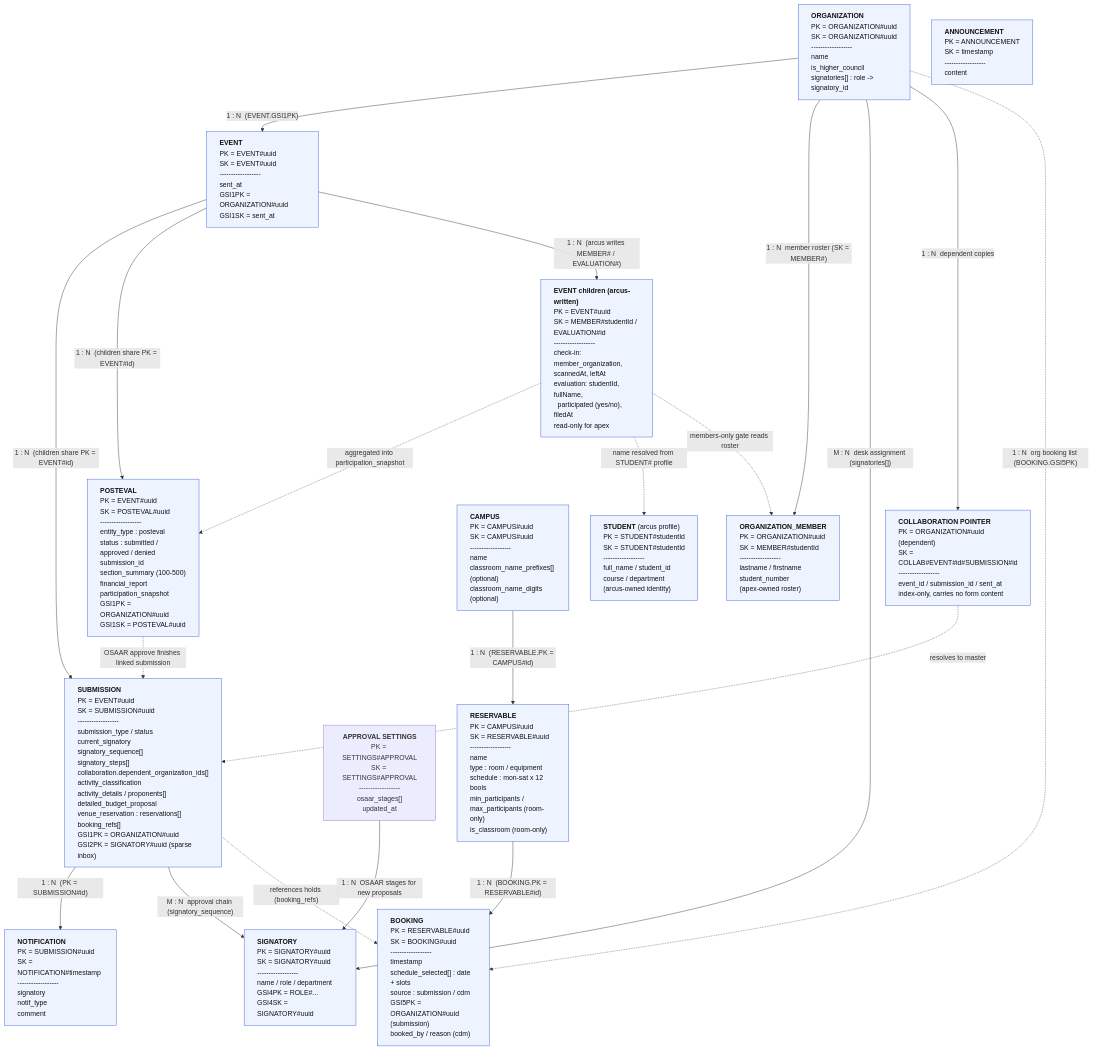
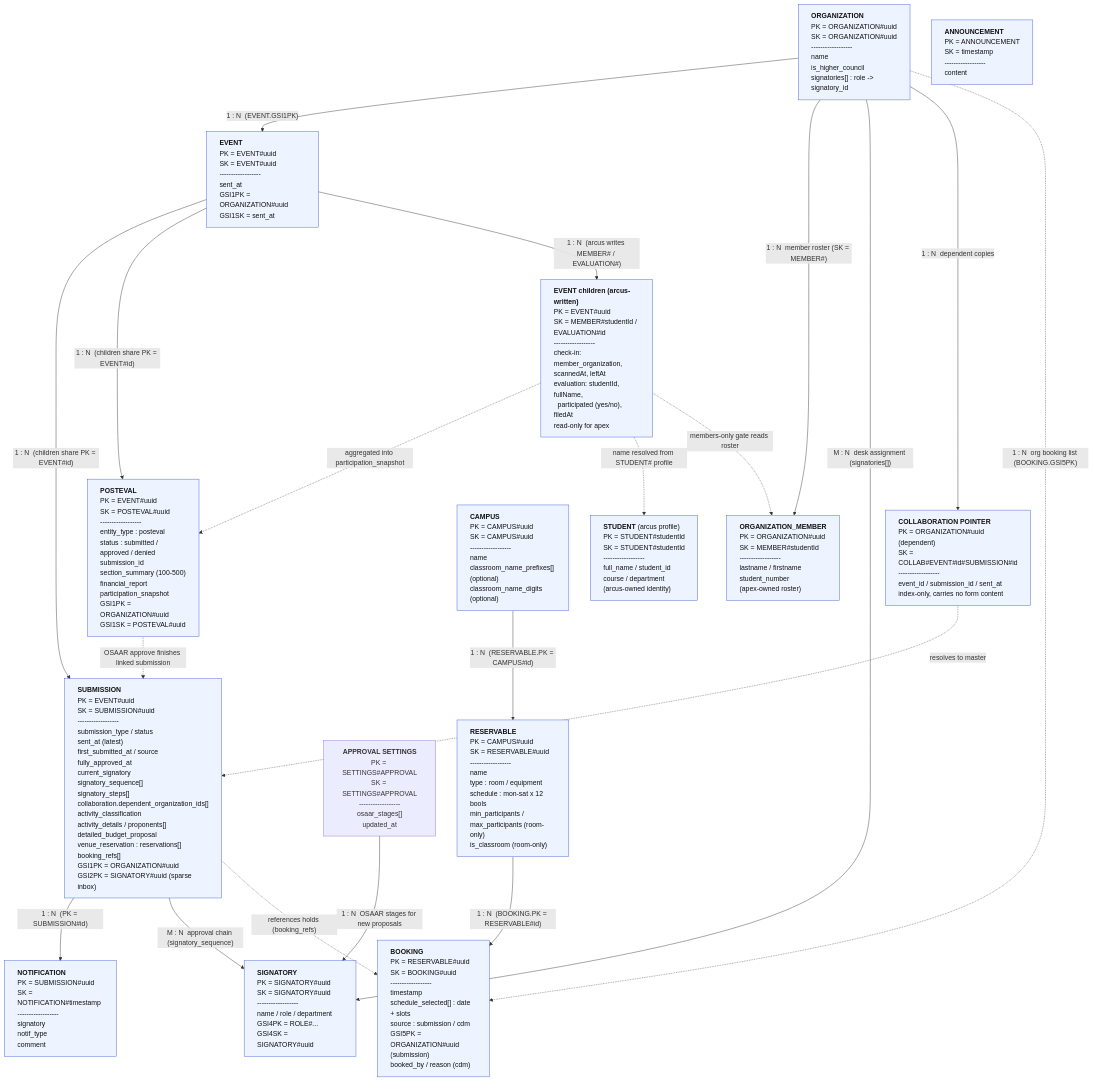
Before and after one commit to nomorepinto/mapua-apex: the diagram in docs/erd/erd.mmd, drawn with Mermaid. The commit also changed 85 other files, not shown here.

```diff
--- a/docs/erd/erd.mmd
+++ b/docs/erd/erd.mmd
@@ -1,59 +1,59 @@
 %% mapua-apex - Conceptual ERD (DynamoDB single-table design)
 %% Laid out top-down (graph TD) so the diagram renders vertically and fits
 %% an 8.5x11 portrait page without horizontal cut-off.
 %% Relationships are LOGICAL only: DynamoDB stores no foreign keys, IDs are
 %% copied onto items and resolved at write time.
 %% DEADLINE REMINDER is intentionally omitted (deprecated: orphaned read path,
 %% no producer). See "DynamoDB Schema.txt" -> Deprecated / removed objects.
 graph TD
     ORGANIZATION["<b>ORGANIZATION</b><br/>PK = ORGANIZATION#uuid<br/>SK = ORGANIZATION#uuid<br/>------------------<br/>name<br/>is_higher_council<br/>signatories[] : role -&gt; signatory_id"]
 
     ORG_MEMBER["<b>ORGANIZATION_MEMBER</b><br/>PK = ORGANIZATION#uuid<br/>SK = MEMBER#studentId<br/>------------------<br/>lastname / firstname<br/>student_number<br/>(apex-owned roster)"]
 
     EVENT["<b>EVENT</b><br/>PK = EVENT#uuid<br/>SK = EVENT#uuid<br/>------------------<br/>sent_at<br/>GSI1PK = ORGANIZATION#uuid<br/>GSI1SK = sent_at"]
 
-    SUBMISSION["<b>SUBMISSION</b><br/>PK = EVENT#uuid<br/>SK = SUBMISSION#uuid<br/>------------------<br/>submission_type / status<br/>current_signatory<br/>signatory_sequence[]<br/>signatory_steps[]<br/>collaboration.dependent_organization_ids[]<br/>activity_classification<br/>activity_details / proponents[]<br/>detailed_budget_proposal<br/>venue_reservation : reservations[]<br/>booking_refs[]<br/>GSI1PK = ORGANIZATION#uuid<br/>GSI2PK = SIGNATORY#uuid (sparse inbox)"]
+    SUBMISSION["<b>SUBMISSION</b><br/>PK = EVENT#uuid<br/>SK = SUBMISSION#uuid<br/>------------------<br/>submission_type / status<br/>sent_at (latest)<br/>first_submitted_at / source<br/>fully_approved_at<br/>current_signatory<br/>signatory_sequence[]<br/>signatory_steps[]<br/>collaboration.dependent_organization_ids[]<br/>activity_classification<br/>activity_details / proponents[]<br/>detailed_budget_proposal<br/>venue_reservation : reservations[]<br/>booking_refs[]<br/>GSI1PK = ORGANIZATION#uuid<br/>GSI2PK = SIGNATORY#uuid (sparse inbox)"]
     SETTINGS["<b>APPROVAL SETTINGS</b><br/>PK = SETTINGS#APPROVAL<br/>SK = SETTINGS#APPROVAL<br/>------------------<br/>osaar_stages[]<br/>updated_at"]
 
     NOTIFICATION["<b>NOTIFICATION</b><br/>PK = SUBMISSION#uuid<br/>SK = NOTIFICATION#timestamp<br/>------------------<br/>signatory<br/>notif_type<br/>comment"]
 
     SIGNATORY["<b>SIGNATORY</b><br/>PK = SIGNATORY#uuid<br/>SK = SIGNATORY#uuid<br/>------------------<br/>name / role / department<br/>GSI4PK = ROLE#...<br/>GSI4SK = SIGNATORY#uuid"]
 
     COLLAB["<b>COLLABORATION POINTER</b><br/>PK = ORGANIZATION#uuid (dependent)<br/>SK = COLLAB#EVENT#id#SUBMISSION#id<br/>------------------<br/>event_id / submission_id / sent_at<br/>index-only, carries no form content"]
 
     ANNOUNCEMENT["<b>ANNOUNCEMENT</b><br/>PK = ANNOUNCEMENT<br/>SK = timestamp<br/>------------------<br/>content"]
 
     CAMPUS["<b>CAMPUS</b><br/>PK = CAMPUS#uuid<br/>SK = CAMPUS#uuid<br/>------------------<br/>name<br/>classroom_name_prefixes[] (optional)<br/>classroom_name_digits (optional)"]
 
     RESERVABLE["<b>RESERVABLE</b><br/>PK = CAMPUS#uuid<br/>SK = RESERVABLE#uuid<br/>------------------<br/>name<br/>type : room / equipment<br/>schedule : mon-sat x 12 bools<br/>min_participants / max_participants (room-only)<br/>is_classroom (room-only)"]
 
     BOOKING["<b>BOOKING</b><br/>PK = RESERVABLE#uuid<br/>SK = BOOKING#uuid<br/>------------------<br/>timestamp<br/>schedule_selected[] : date + slots<br/>source : submission / cdm<br/>GSI5PK = ORGANIZATION#uuid (submission)<br/>booked_by / reason (cdm)"]
 
     POSTEVAL["<b>POSTEVAL</b><br/>PK = EVENT#uuid<br/>SK = POSTEVAL#uuid<br/>------------------<br/>entity_type : posteval<br/>status : submitted / approved / denied<br/>submission_id<br/>section_summary (100-500)<br/>financial_report<br/>participation_snapshot<br/>GSI1PK = ORGANIZATION#uuid<br/>GSI1SK = POSTEVAL#uuid"]
 
     ARCUS_CHILD["<b>EVENT children (arcus-written)</b><br/>PK = EVENT#uuid<br/>SK = MEMBER#studentId / EVALUATION#id<br/>------------------<br/>check-in: member_organization, scannedAt, leftAt<br/>evaluation: studentId, fullName,<br/>&nbsp;&nbsp;participated (yes/no), filedAt<br/>read-only for apex"]
 
     STUDENT["<b>STUDENT</b> (arcus profile)<br/>PK = STUDENT#studentId<br/>SK = STUDENT#studentId<br/>------------------<br/>full_name / student_id<br/>course / department<br/>(arcus-owned identity)"]
 
     ORGANIZATION -->|"1 : N &nbsp;(EVENT.GSI1PK)"| EVENT
     ORGANIZATION -->|"1 : N &nbsp;member roster (SK = MEMBER#)"| ORG_MEMBER
     EVENT -->|"1 : N &nbsp;(children share PK = EVENT#id)"| SUBMISSION
     SUBMISSION -->|"1 : N &nbsp;(PK = SUBMISSION#id)"| NOTIFICATION
     ORGANIZATION -->|"M : N &nbsp;desk assignment (signatories[])"| SIGNATORY
     SUBMISSION -->|"M : N &nbsp;approval chain (signatory_sequence)"| SIGNATORY
     SETTINGS -->|"1 : N &nbsp;OSAAR stages for new proposals"| SIGNATORY
     ORGANIZATION -->|"1 : N &nbsp;dependent copies"| COLLAB
     COLLAB -.->|"resolves to master"| SUBMISSION
     CAMPUS -->|"1 : N &nbsp;(RESERVABLE.PK = CAMPUS#id)"| RESERVABLE
     RESERVABLE -->|"1 : N &nbsp;(BOOKING.PK = RESERVABLE#id)"| BOOKING
     SUBMISSION -.->|"references holds (booking_refs)"| BOOKING
     ORGANIZATION -.->|"1 : N &nbsp;org booking list (BOOKING.GSI5PK)"| BOOKING
     EVENT -->|"1 : N &nbsp;(children share PK = EVENT#id)"| POSTEVAL
     EVENT -->|"1 : N &nbsp;(arcus writes MEMBER# / EVALUATION#)"| ARCUS_CHILD
     POSTEVAL -.->|"OSAAR approve finishes linked submission"| SUBMISSION
     ARCUS_CHILD -.->|"aggregated into participation_snapshot"| POSTEVAL
     ARCUS_CHILD -.->|"name resolved from STUDENT# profile"| STUDENT
     ARCUS_CHILD -.->|"members-only gate reads roster"| ORG_MEMBER
 
     classDef entity fill:#eef4ff,stroke:#3b5bdb,stroke-width:1px,color:#111111,text-align:left;
     class ORGANIZATION,ORG_MEMBER,EVENT,SUBMISSION,NOTIFICATION,SIGNATORY,COLLAB,ANNOUNCEMENT,CAMPUS,RESERVABLE,BOOKING,POSTEVAL,ARCUS_CHILD,STUDENT entity;
```
